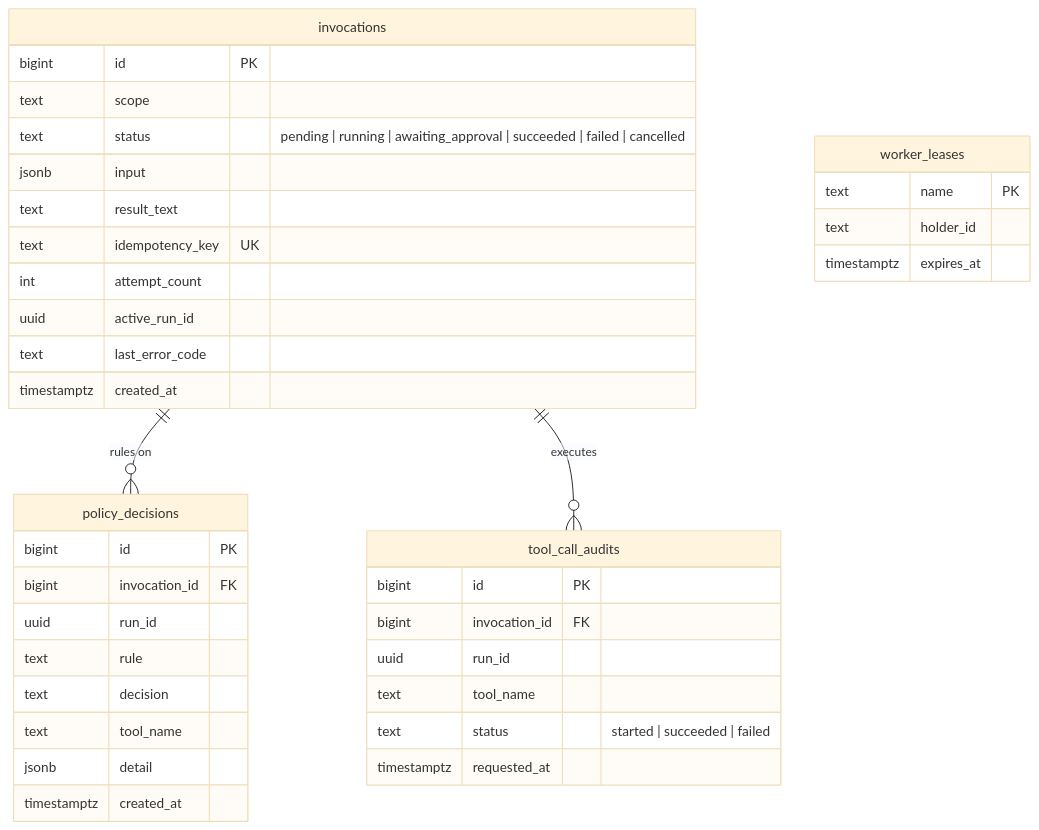
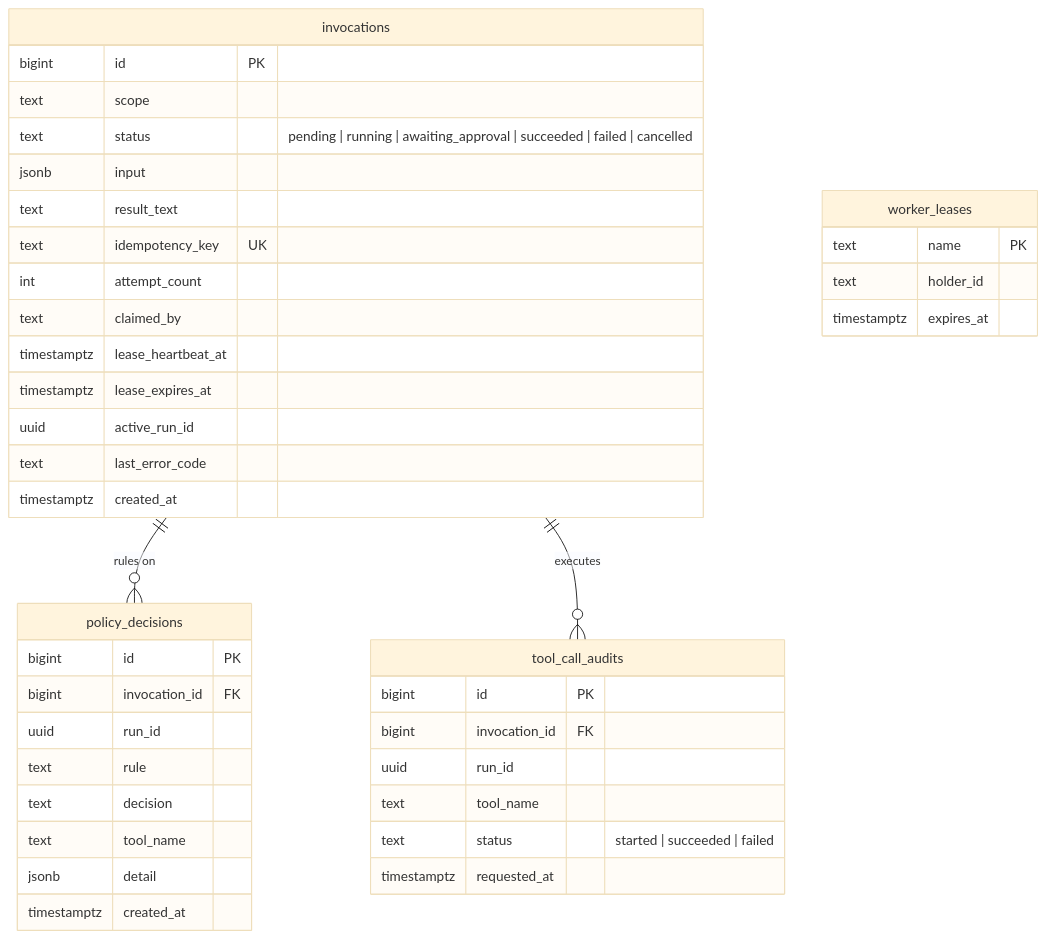
The diagram in README.md (happyeric77/runwarden), drawn with Mermaid (base theme) before and after one commit.

Commit message:
docs: include invocation claim/lease columns in ER diagram

````diff
--- a/README.md
+++ b/README.md
@@ -105,41 +105,44 @@
 ```mermaid
 erDiagram
     invocations ||--o{ policy_decisions : "rules on"
     invocations ||--o{ tool_call_audits : "executes"
 
     invocations {
         bigint id PK
         text scope
         text status "pending | running | awaiting_approval | succeeded | failed | cancelled"
         jsonb input
         text result_text
         text idempotency_key UK
         int attempt_count
+        text claimed_by
+        timestamptz lease_heartbeat_at
+        timestamptz lease_expires_at
         uuid active_run_id
         text last_error_code
         timestamptz created_at
     }
     policy_decisions {
         bigint id PK
         bigint invocation_id FK
         uuid run_id
         text rule
         text decision
         text tool_name
         jsonb detail
         timestamptz created_at
     }
     tool_call_audits {
         bigint id PK
         bigint invocation_id FK
         uuid run_id
         text tool_name
         text status "started | succeeded | failed"
         timestamptz requested_at
     }
     worker_leases {
         text name PK
         text holder_id
         timestamptz expires_at
     }
 ```
````
